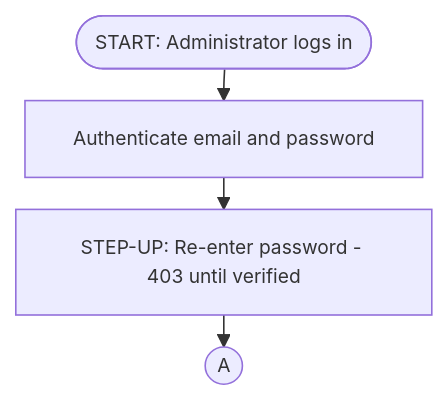
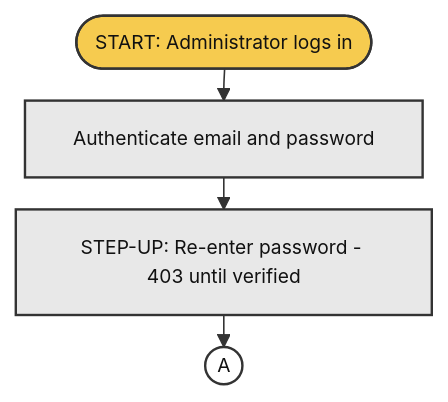
The seventh of 8 diagrams in docs/system-flowcharts.md (banderitax5/whiskers-prototype), drawn with Mermaid before and after one commit. The commit also changed other lines of this file, not shown here.

Commit message:
docs: capstone color scheme for flowcharts - yellow terminators, blue decisions, gray steps

````diff
--- a/docs/system-flowcharts.md
+++ b/docs/system-flowcharts.md
@@ -124,7 +177,13 @@
 ```mermaid
 %%{init: {"flowchart": {"nodeSpacing": 12, "rankSpacing": 20}, "themeVariables": {"fontSize": "12px"}}}%%
 flowchart TD
     S(["START: Administrator logs in"]) --> AU["Authenticate email and password"]
     AU --> ST["STEP-UP: Re-enter password - 403 until verified"]
     ST --> KA(("A"))
+    classDef term fill:#F6CB4F,stroke:#333333,stroke-width:1.5px,color:#111111
+    classDef proc fill:#E8E8E8,stroke:#333333,stroke-width:1.5px,color:#111111
+    classDef conn fill:#FFFFFF,stroke:#333333,stroke-width:1.5px,color:#111111
+    class S term
+    class AU,ST proc
+    class KA conn
 ```
````
